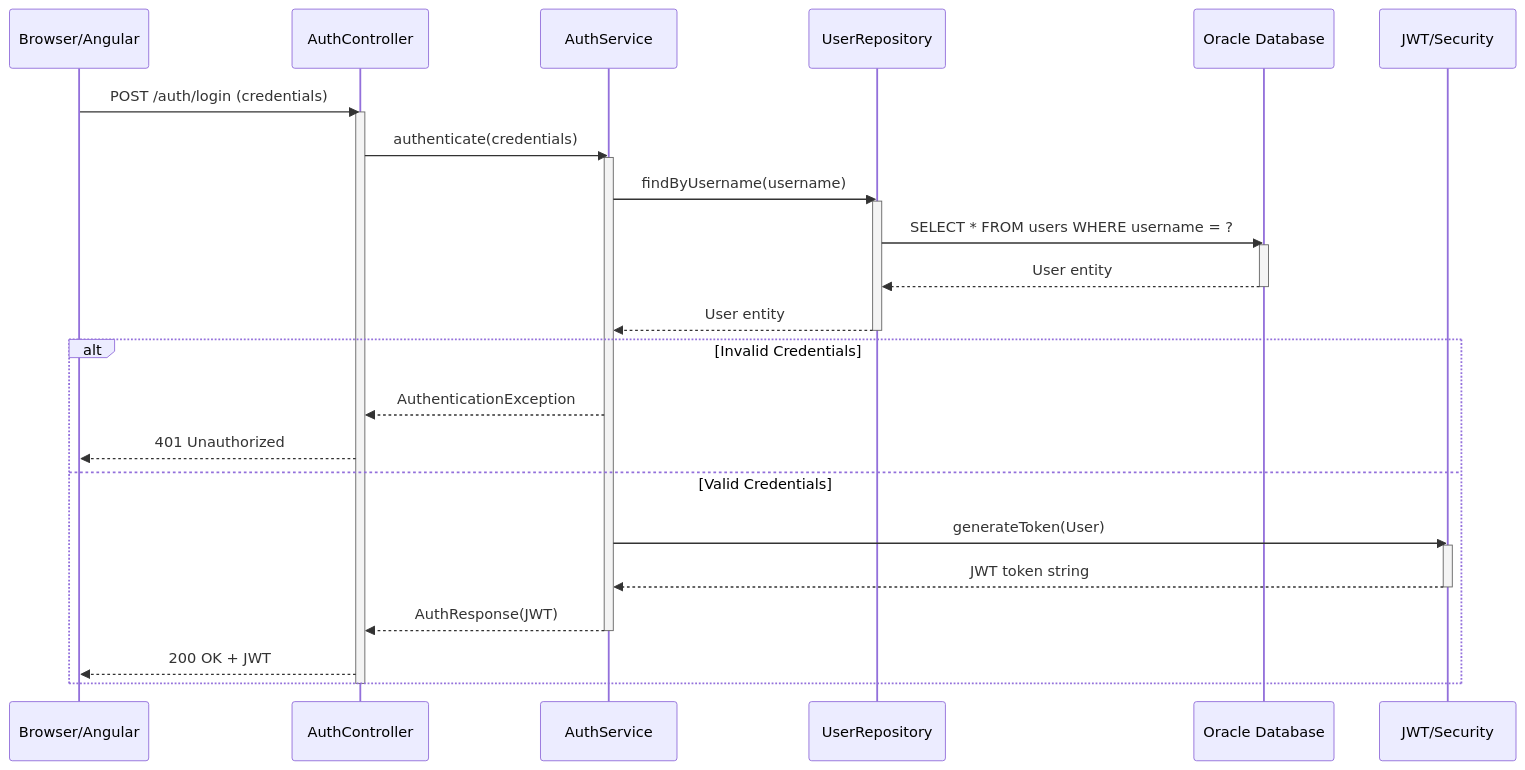
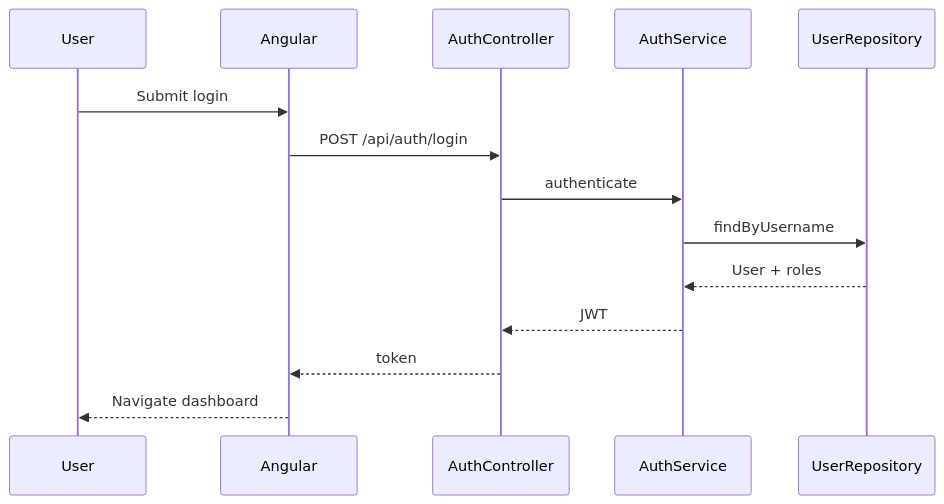
Before and after one commit to kirtika-0102/StockSmart: the first of 7 diagrams in docs/sequence-diagrams.md, drawn with Mermaid. The commit also changed other lines of this file and 74 other files, not shown here.

Commit message:
architecture of application

````diff
--- a/docs/sequence-diagrams.md
+++ b/docs/sequence-diagrams.md
@@ -9,36 +9,17 @@
 ```mermaid
 sequenceDiagram
-    participant U as Browser/Angular
+    participant U as User
+    participant A as Angular
     participant C as AuthController
     participant S as AuthService
     participant R as UserRepository
-    participant DB as Oracle Database
-    participant J as JWT/Security
 
-    U->>C: POST /auth/login (credentials)
-    activate C
-    C->>S: authenticate(credentials)
-    activate S
-    S->>R: findByUsername(username)
-    activate R
-    R->>DB: SELECT * FROM users WHERE username = ?
-    activate DB
-    DB-->>R: User entity
-    deactivate DB
-    R-->>S: User entity
-    deactivate R
-    
-    alt Invalid Credentials
-        S-->>C: AuthenticationException
-        C-->>U: 401 Unauthorized
-    else Valid Credentials
-        S->>J: generateToken(User)
-        activate J
-        J-->>S: JWT token string
-        deactivate J
-        S-->>C: AuthResponse(JWT)
-        deactivate S
-        C-->>U: 200 OK + JWT
-    end
-    deactivate C
+    U->>A: Submit login
+    A->>C: POST /api/auth/login
+    C->>S: authenticate
+    S->>R: findByUsername
+    R-->>S: User + roles
+    S-->>C: JWT
+    C-->>A: token
+    A-->>U: Navigate dashboard
 ```
````
